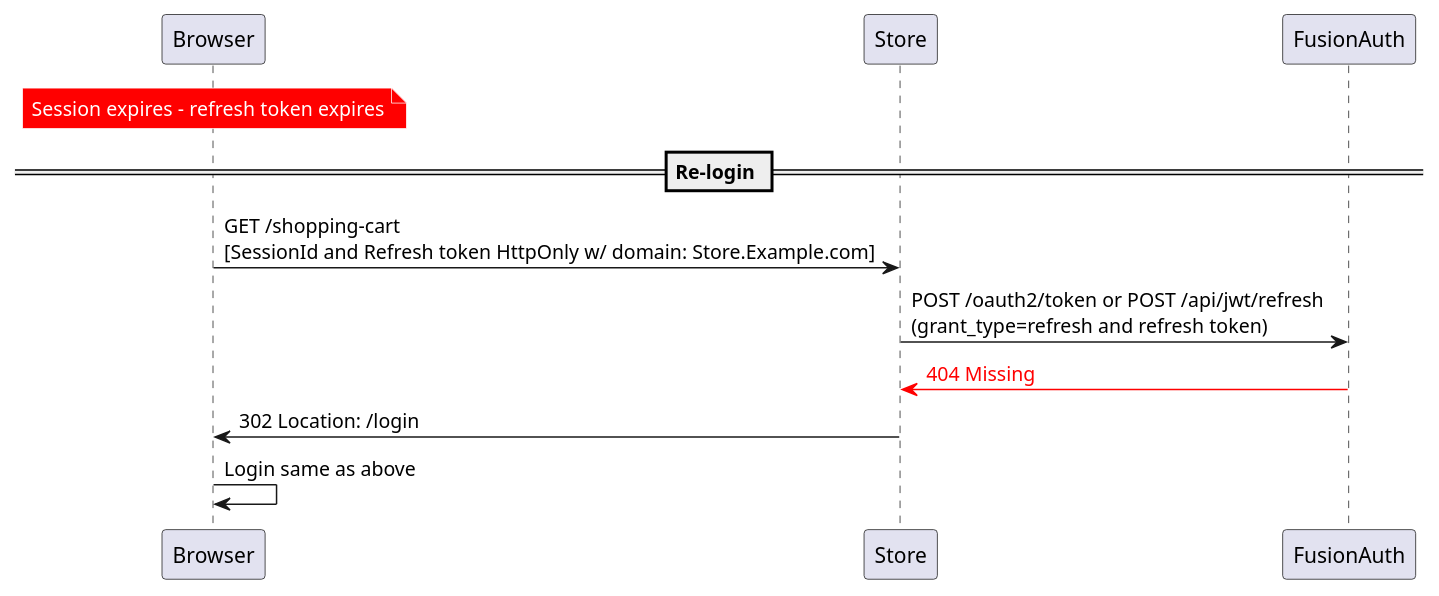
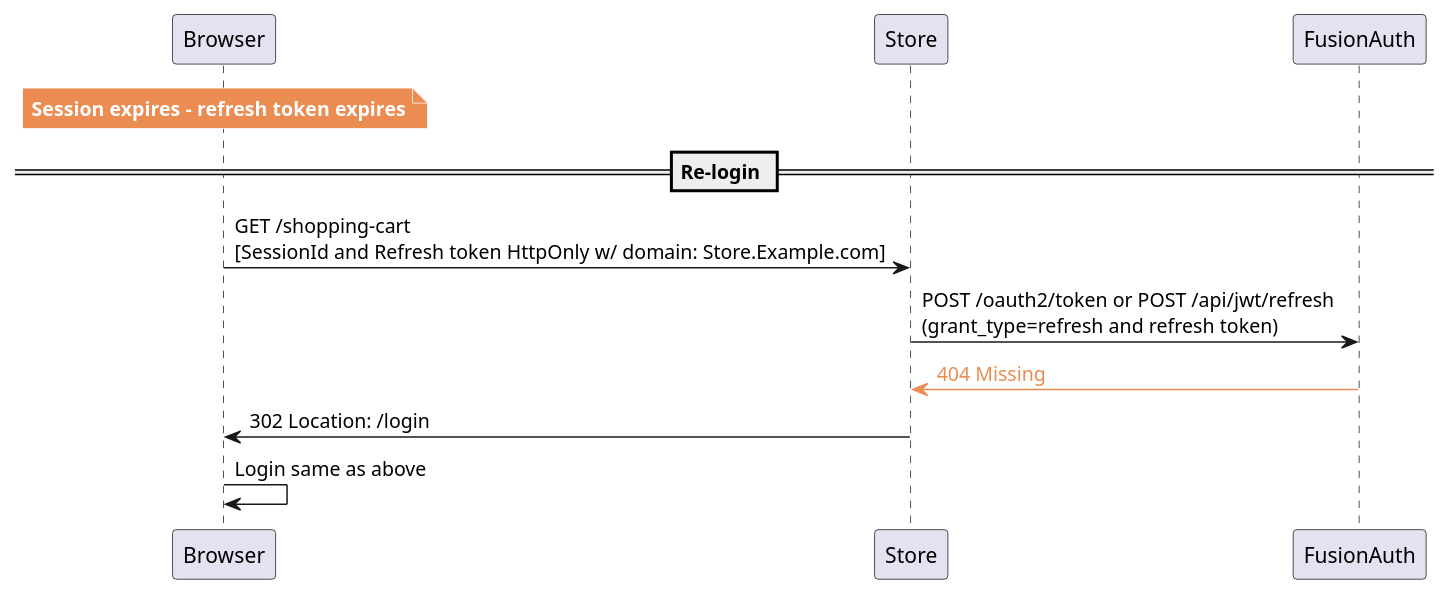
One commit to FusionAuth/fusionauth-site changed the diagram in _diagrams/logins/WebApp/_shopping-cart-session-refresh-relogin.plantuml. Above: the diagram before and after it, drawn with PlantUML. The commit also changed 33 other files, not shown here.

Commit message:
More work on diagram design and login reference pages

```diff
--- a/_diagrams/logins/WebApp/_shopping-cart-session-refresh-relogin.plantuml
+++ b/_diagrams/logins/WebApp/_shopping-cart-session-refresh-relogin.plantuml
@@ -1,8 +1,8 @@
-note over Browser #red;line:white : <color white>Session expires - refresh token expires</color>
+note over Browser #EB8C52;line:white : <color white><b>Session expires - refresh token expires</b></color>
 
 == Re-login ==
 Browser->Store : GET /shopping-cart\n[SessionId and Refresh token HttpOnly w/ domain: Store.Example.com]
 Store->FusionAuth : POST /oauth2/token or POST /api/jwt/refresh\n(grant_type=refresh and refresh token)
-FusionAuth-[#red]>Store : <color red>404 Missing</color>
+FusionAuth-[#EB8C52]>Store : <color #EB8C52>404 Missing</color>
 Store->Browser : 302 Location: /login
 Browser->Browser : Login same as above
```
